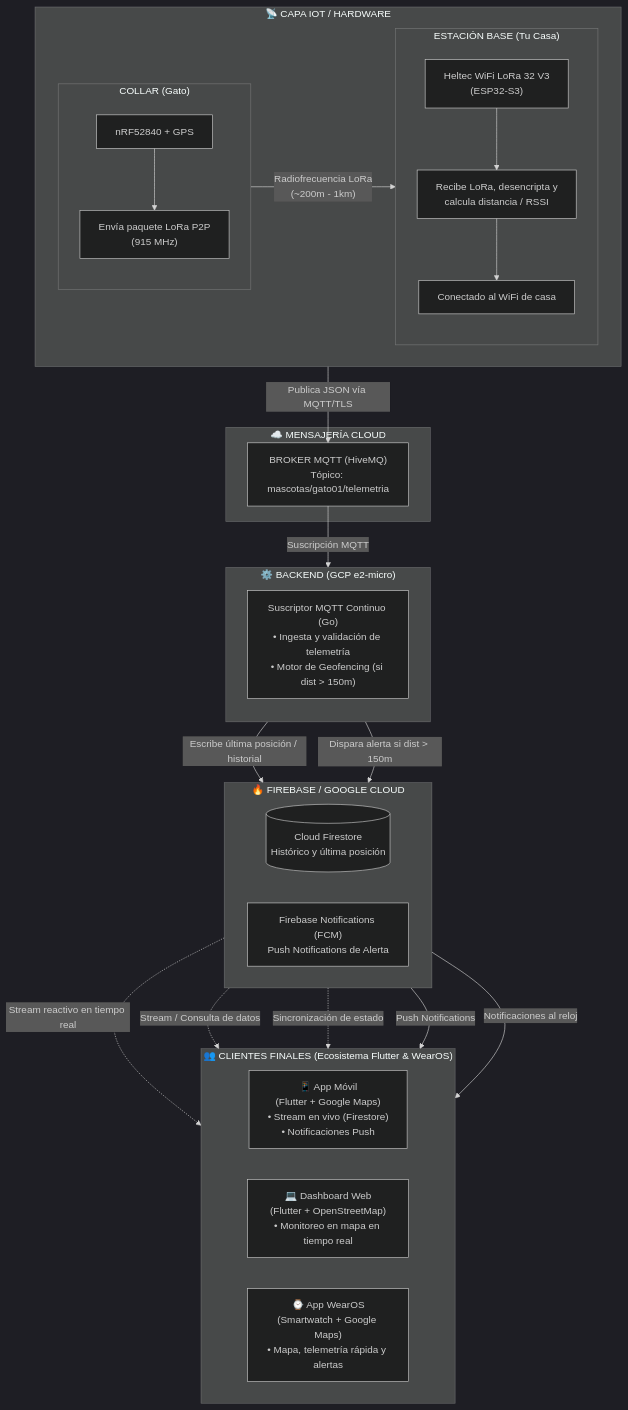
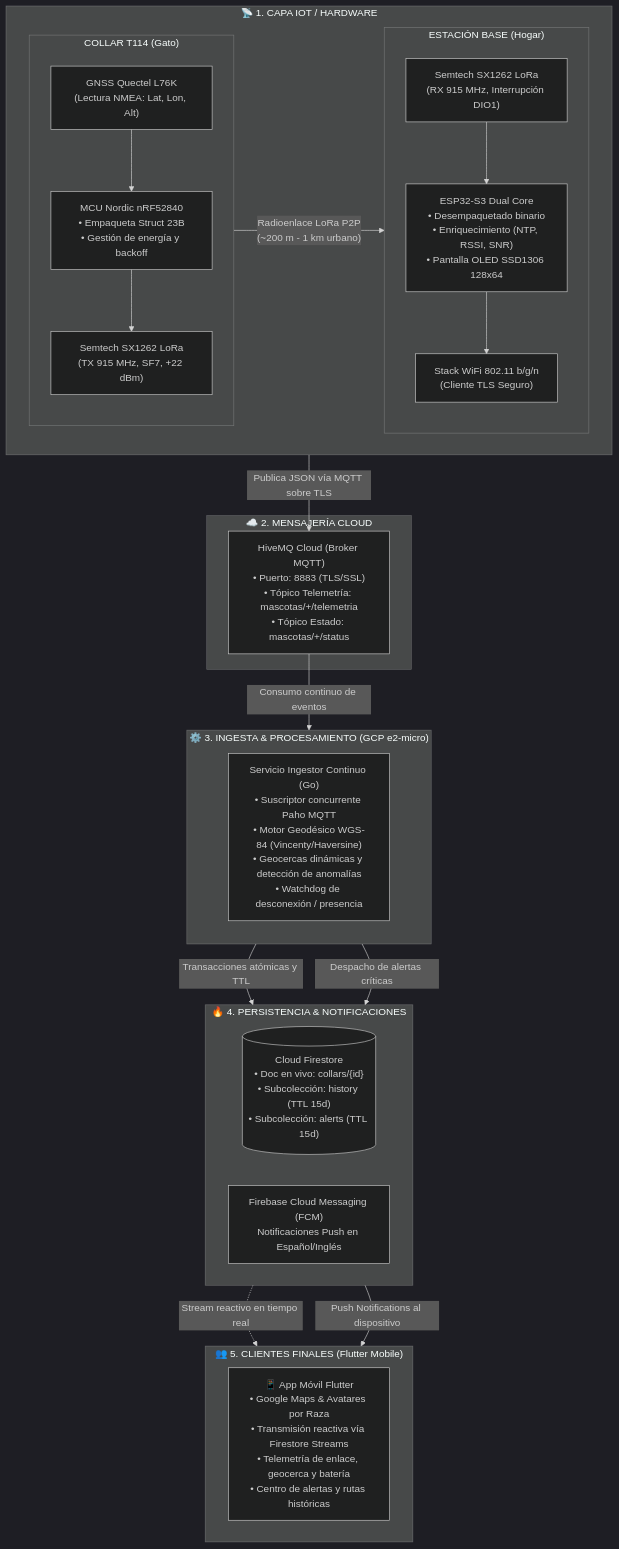
Before and after one commit to Piero16301/Michi_Link: the first of 4 diagrams in README.md, drawn with Mermaid (dark theme). The commit also changed other lines of this file and 1 other file, not shown here.

First line of the commit message:
Documentar arquitectura completa del ecosistema

````diff
--- a/README.md
+++ b/README.md
@@ -6,63 +42,58 @@
 ```mermaid
 flowchart TB
     %% CAPA FÍSICA / IOT
-    subgraph IOT ["📡 CAPA IOT / HARDWARE"]
+    subgraph IOT ["📡 1. CAPA IOT / HARDWARE"]
         direction LR
-        subgraph COLLAR ["COLLAR (Gato)"]
+        subgraph COLLAR ["COLLAR T114 (Gato)"]
             direction TB
-            C1["nRF52840 + GPS"]
-            C2["Envía paquete LoRa P2P\n(915 MHz)"]
-            C1 --> C2
+            C1["GNSS Quectel L76K\n(Lectura NMEA: Lat, Lon, Alt)"]
+            C2["MCU Nordic nRF52840\n• Empaqueta Struct 23B\n• Gestión de energía y backoff"]
+            C3["Semtech SX1262 LoRa\n(TX 915 MHz, SF7, +22 dBm)"]
+            C1 --> C2 --> C3
         end
 
-        subgraph BASE ["ESTACIÓN BASE (Tu Casa)"]
+        subgraph BASE ["ESTACIÓN BASE (Hogar)"]
             direction TB
-            B1["Heltec WiFi LoRa 32 V3\n(ESP32-S3)"]
-            B2["Recibe LoRa, desencripta y\ncalcula distancia / RSSI"]
-            B3["Conectado al WiFi de casa"]
+            B1["Semtech SX1262 LoRa\n(RX 915 MHz, Interrupción DIO1)"]
+            B2["ESP32-S3 Dual Core\n• Desempaquetado binario\n• Enriquecimiento (NTP, RSSI, SNR)\n• Pantalla OLED SSD1306 128x64"]
+            B3["Stack WiFi 802.11 b/g/n\n(Cliente TLS Seguro)"]
             B1 --> B2 --> B3
         end
 
-        C2 -->|"Radiofrecuencia LoRa\n(~200m - 1km)"| B1
+        C3 -->|"Radioenlace LoRa P2P\n(~200 m - 1 km urbano)"| B1
     end
 
     %% BROKER MQTT
-    subgraph BROKER_ZONE ["☁️ MENSAJERÍA CLOUD"]
-        BROKER["BROKER MQTT (HiveMQ)\nTópico: mascotas/gato01/telemetria"]
+    subgraph BROKER_ZONE ["☁️ 2. MENSAJERÍA CLOUD"]
+        BROKER["HiveMQ Cloud (Broker MQTT)\n• Puerto: 8883 (TLS/SSL)\n• Tópico Telemetría: mascotas/+/telemetria\n• Tópico Estado: mascotas/+/status"]
     end
 
     %% BACKEND GCP
-    subgraph BACKEND ["⚙️ BACKEND (GCP e2-micro)"]
+    subgraph BACKEND ["⚙️ 3. INGESTA & PROCESAMIENTO (GCP e2-micro)"]
         direction TB
-        BE_GO["Suscriptor MQTT Continuo (Go)\n• Ingesta y validación de telemetría\n• Motor de Geofencing (si dist > 150m)"]
+        BE_GO["Servicio Ingestor Continuo (Go)\n• Suscriptor concurrente Paho MQTT\n• Motor Geodésico WGS-84 (Vincenty/Haversine)\n• Geocercas dinámicas y detección de anomalías\n• Watchdog de desconexión / presencia"]
     end
 
     %% PERSISTENCIA Y NOTIFICACIONES
-    subgraph GOOGLE_SERVICES ["🔥 FIREBASE / GOOGLE CLOUD"]
+    subgraph GOOGLE_SERVICES ["🔥 4. PERSISTENCIA & NOTIFICACIONES"]
         direction LR
-        DB[("Cloud Firestore\nHistórico y última posición")]
-        FCM["Firebase Notifications (FCM)\nPush Notifications de Alerta"]
+        DB[("Cloud Firestore\n• Doc en vivo: collars/{id}\n• Subcolección: history (TTL 15d)\n• Subcolección: alerts (TTL 15d)")]
+        FCM["Firebase Cloud Messaging (FCM)\nNotificaciones Push en Español/Inglés"]
     end
 
     %% CLIENTES FINALES
-    subgraph CLIENTES ["👥 CLIENTES FINALES (Ecosistema Flutter & WearOS)"]
+    subgraph CLIENTES ["👥 5. CLIENTES FINALES (Flutter Mobile)"]
         direction LR
-        CLI_APP["📱 App Móvil\n(Flutter + Google Maps)\n• Stream en vivo (Firestore)\n• Notificaciones Push"]
-        CLI_WEB["💻 Dashboard Web\n(Flutter + OpenStreetMap)\n• Monitoreo en mapa en tiempo real"]
-        CLI_WEAR["⌚ App WearOS\n(Smartwatch + Google Maps)\n• Mapa, telemetría rápida y alertas"]
+        CLI_APP["📱 App Móvil Flutter\n• Google Maps & Avatares por Raza\n• Transmisión reactiva vía Firestore Streams\n• Telemetría de enlace, geocerca y batería\n• Centro de alertas y rutas históricas"]
     end
 
     %% CONEXIONES ENTRE CAPAS
-    B3 -->|"Publica JSON vía MQTT/TLS"| BROKER
-    BROKER -->|"Suscripción MQTT"| BE_GO
+    B3 -->|"Publica JSON vía MQTT sobre TLS"| BROKER
+    BROKER -->|"Consumo continuo de eventos"| BE_GO
 
-    BE_GO -->|"Escribe última posición / historial"| DB
-    BE_GO -->|"Dispara alerta si dist > 150m"| FCM
+    BE_GO -->|"Transacciones atómicas y TTL"| DB
+    BE_GO -->|"Despacho de alertas críticas"| FCM
 
     DB -.->|"Stream reactivo en tiempo real"| CLI_APP
-    DB -.->|"Stream / Consulta de datos"| CLI_WEB
-    DB -.->|"Sincronización de estado"| CLI_WEAR
-
-    FCM -->|"Push Notifications"| CLI_APP
-    FCM -->|"Notificaciones al reloj"| CLI_WEAR
+    FCM -->|"Push Notifications al dispositivo"| CLI_APP
 ```
````
